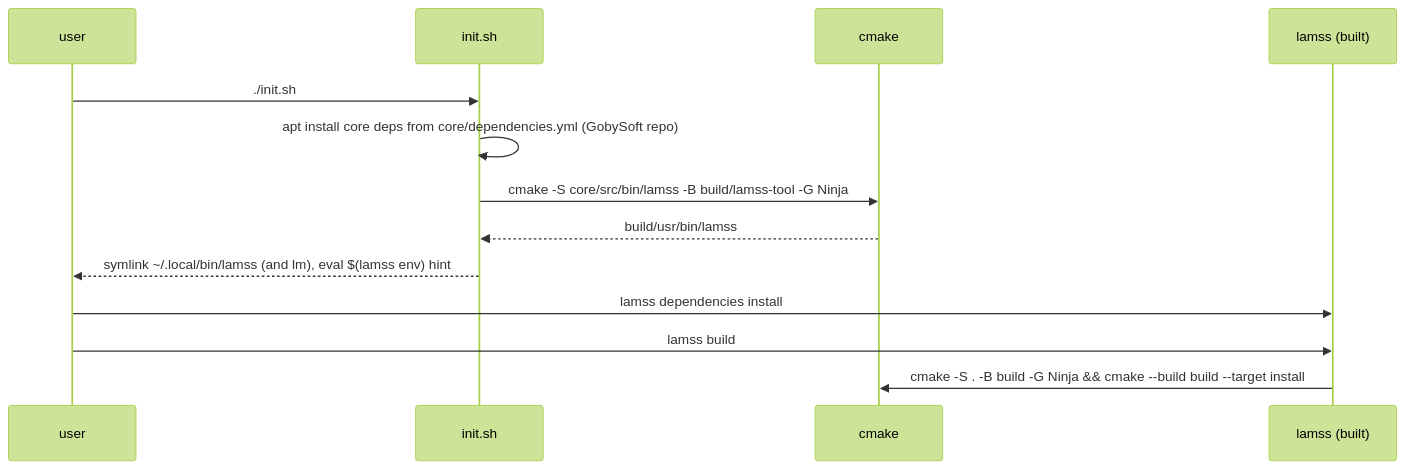
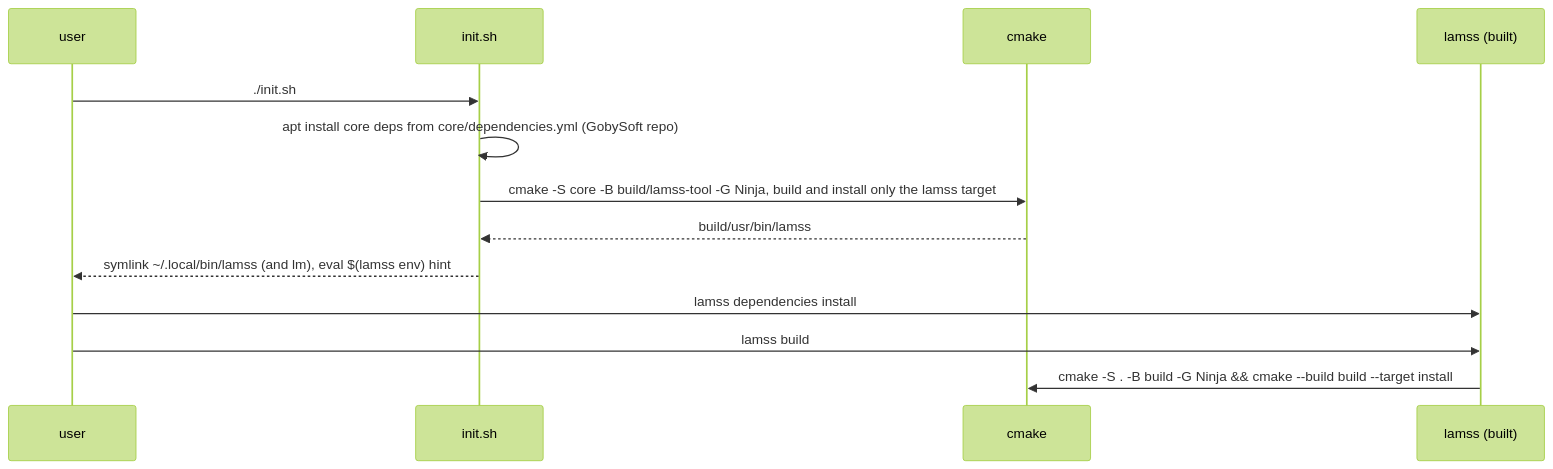
The first of 2 diagrams in core/src/doc/plan/claude/03-lamss-tool.md (GobySoft/lamss3), drawn with Mermaid (forest theme) before and after one commit. The commit also changed other lines of this file and 22 other files, not shown here.

````diff
--- a/core/src/doc/plan/claude/03-lamss-tool.md
+++ b/core/src/doc/plan/claude/03-lamss-tool.md
@@ -18,15 +18,15 @@
 ```mermaid
 sequenceDiagram
   participant U as user
   participant B as init.sh
   participant C as cmake
   participant L as lamss (built)
   U->>B: ./init.sh
   B->>B: apt install core deps from core/dependencies.yml (GobySoft repo)
-  B->>C: cmake -S core/src/bin/lamss -B build/lamss-tool -G Ninja
+  B->>C: cmake -S core -B build/lamss-tool -G Ninja, build and install only the lamss target
   C-->>B: build/usr/bin/lamss
   B-->>U: symlink ~/.local/bin/lamss (and lm), eval $(lamss env) hint
   U->>L: lamss dependencies install
   U->>L: lamss build
   L->>C: cmake -S . -B build -G Ninja && cmake --build build --target install
 ```
````
